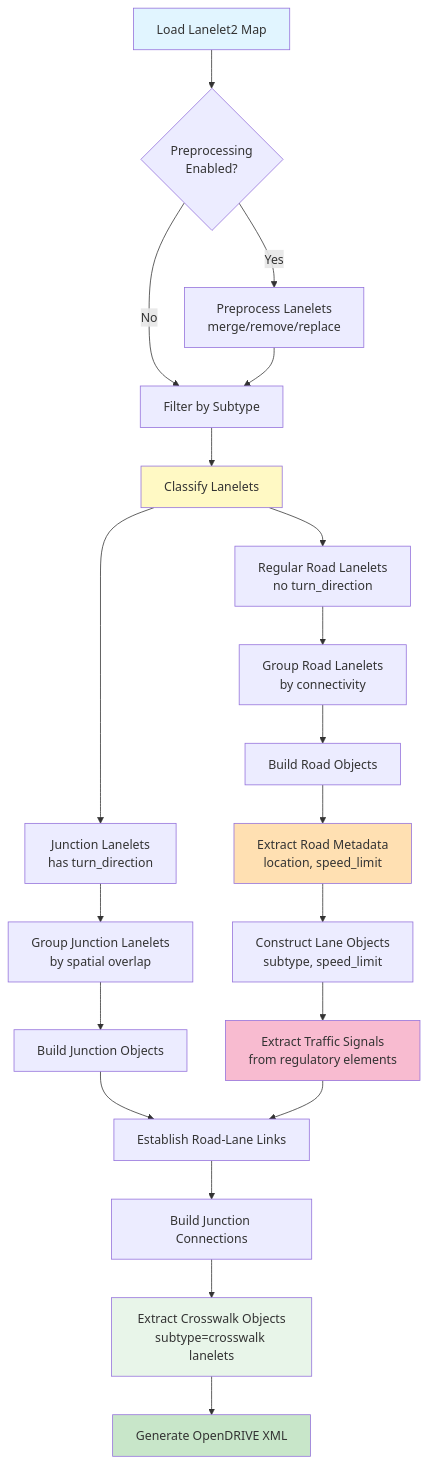
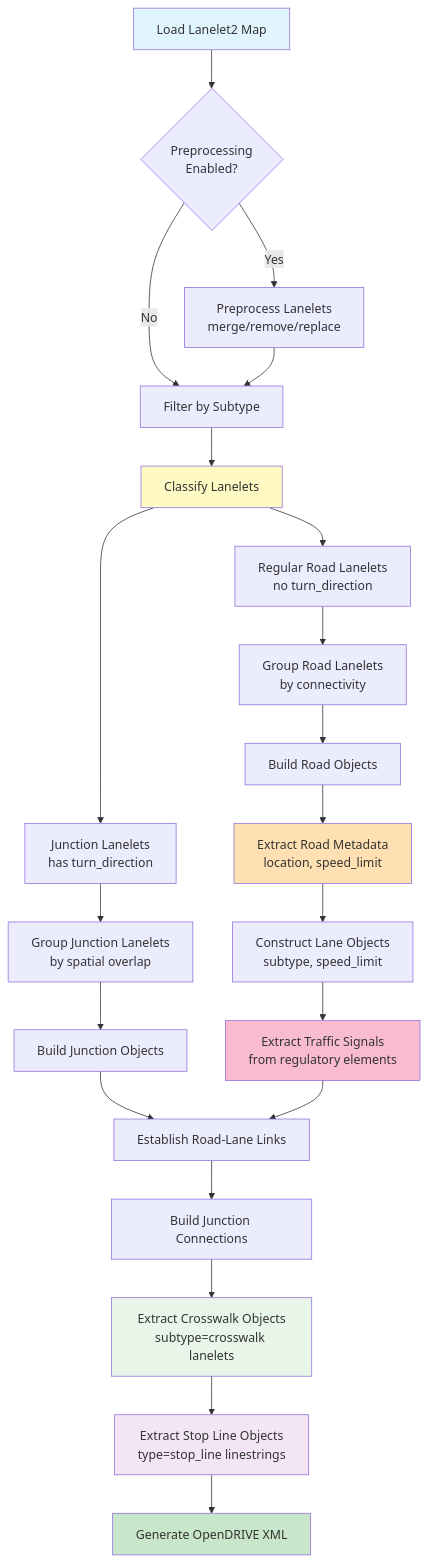
The diagram in docs/conversion-process.md (tier4/autoware_lanelet2_to_opendrive), drawn with Mermaid before and after one commit. The commit also changed other lines of this file and 10 other files, not shown here.

First line of the commit message:
feat: add configurable stop line width via Hydra parameter

````diff
--- a/docs/conversion-process.md
+++ b/docs/conversion-process.md
@@ -20,36 +20,38 @@
 ```mermaid
 flowchart TD
     A[Load Lanelet2 Map] --> B{Preprocessing<br/>Enabled?}
     B -->|Yes| C[Preprocess Lanelets<br/>merge/remove/replace]
     B -->|No| D[Filter by Subtype]
     C --> D
 
     D --> E[Classify Lanelets]
     E --> F[Junction Lanelets<br/>has turn_direction]
     E --> G[Regular Road Lanelets<br/>no turn_direction]
 
     F --> H[Group Junction Lanelets<br/>by spatial overlap]
     G --> I[Group Road Lanelets<br/>by connectivity]
 
     H --> J[Build Junction Objects]
     I --> K[Build Road Objects]
 
     K --> L[Extract Road Metadata<br/>location, speed_limit]
     L --> M[Construct Lane Objects<br/>subtype, speed_limit]
 
     M --> N[Extract Traffic Signals<br/>from regulatory elements]
 
     J --> O[Establish Road-Lane Links]
     N --> O
 
     O --> P[Build Junction Connections]
     P --> R[Extract Crosswalk Objects<br/>subtype=crosswalk lanelets]
-    R --> Q[Generate OpenDRIVE XML]
+    R --> S[Extract Stop Line Objects<br/>type=stop_line linestrings]
+    S --> Q[Generate OpenDRIVE XML]
 
     style A fill:#e1f5ff
     style Q fill:#c8e6c9
     style E fill:#fff9c4
     style L fill:#ffe0b2
     style N fill:#f8bbd0
     style R fill:#e8f5e9
+    style S fill:#f3e5f5
 ```
````
